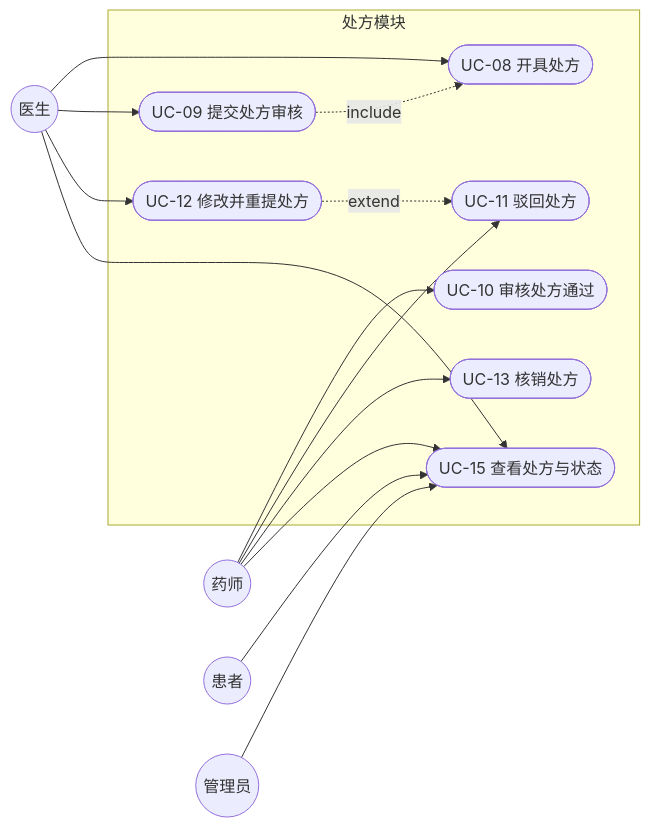
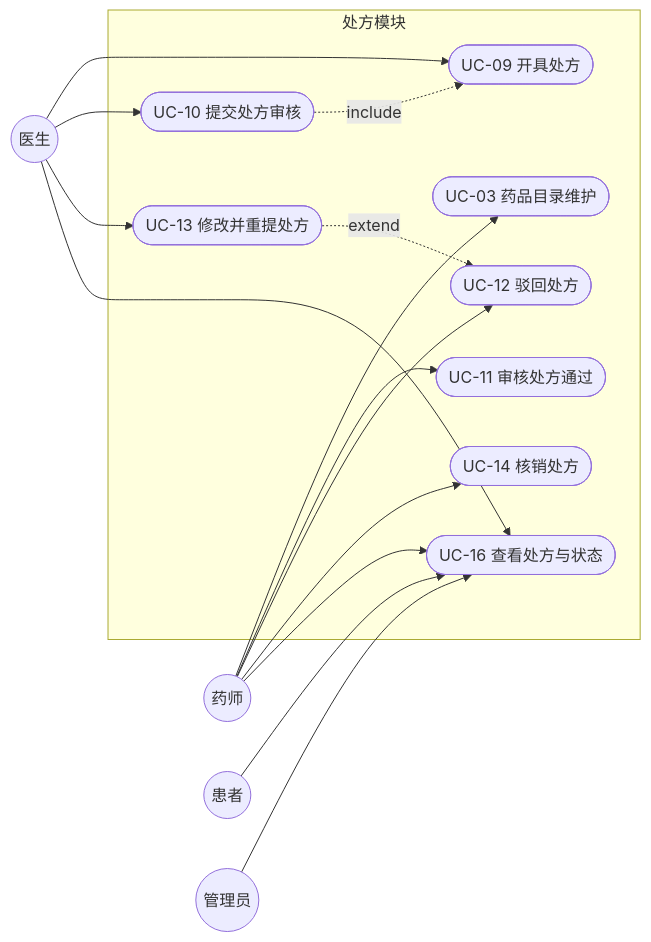
The second of 7 diagrams in docs/diagrams/README.md (RefuseIOT/MedicinePlatform), drawn with Mermaid before and after one commit. The commit also changed other lines of this file and 4 other files, not shown here.

````diff
--- a/docs/diagrams/README.md
+++ b/docs/diagrams/README.md
@@ -39,30 +39,32 @@
 ```mermaid
 flowchart LR
     D((医生))
     PH((药师))
     P((患者))
     A((管理员))
 
     subgraph 处方模块
-        UC08([UC-08 开具处方])
-        UC09([UC-09 提交处方审核])
-        UC10([UC-10 审核处方通过])
-        UC11([UC-11 驳回处方])
-        UC12([UC-12 修改并重提处方])
-        UC13([UC-13 核销处方])
-        UC15([UC-15 查看处方与状态])
+        UC03([UC-03 药品目录维护])
+        UC09([UC-09 开具处方])
+        UC10([UC-10 提交处方审核])
+        UC11([UC-11 审核处方通过])
+        UC12([UC-12 驳回处方])
+        UC13([UC-13 修改并重提处方])
+        UC14([UC-14 核销处方])
+        UC16([UC-16 查看处方与状态])
     end
 
-    D --> UC08
     D --> UC09
-    D --> UC12
-    D --> UC15
-    PH --> UC10
+    D --> UC10
+    D --> UC13
+    D --> UC16
+    PH --> UC03
     PH --> UC11
-    PH --> UC13
-    PH --> UC15
-    P --> UC15
-    A --> UC15
-    UC09 -. include .-> UC08
-    UC12 -. extend .-> UC11
+    PH --> UC12
+    PH --> UC14
+    PH --> UC16
+    P --> UC16
+    A --> UC16
+    UC10 -. include .-> UC09
+    UC13 -. extend .-> UC12
 ```
````
